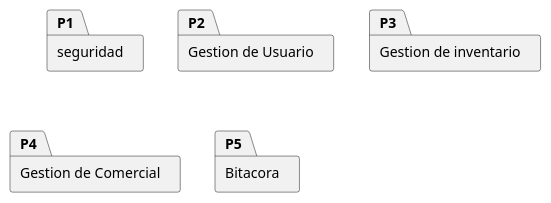
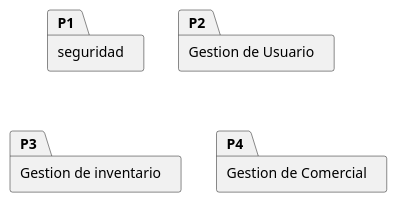
One commit to INGvainilla/grulacOFICIAL changed diagram 18 of 42 in PROYECTO-MAIN/oficial/OFICIAL.md. Above: the diagram before and after it, drawn with PlantUML. The commit also changed other lines of this file and 17 other files, not shown here.

````diff
--- a/PROYECTO-MAIN/oficial/OFICIAL.md
+++ b/PROYECTO-MAIN/oficial/OFICIAL.md
@@ -2154,13 +2268,12 @@
 ```plantuml
 @startuml Paquetes_Ciclo1_Arquitectura
 skinparam packageStyle folder
 skinparam backgroundColor transparent
 
 package "seguridad" as P1
 package "Gestion de Usuario" as P2
 package "Gestion de inventario" as P3
 package "Gestion de Comercial" as P4
-package "Bitacora" as P5
 
 @enduml
 ```
````
